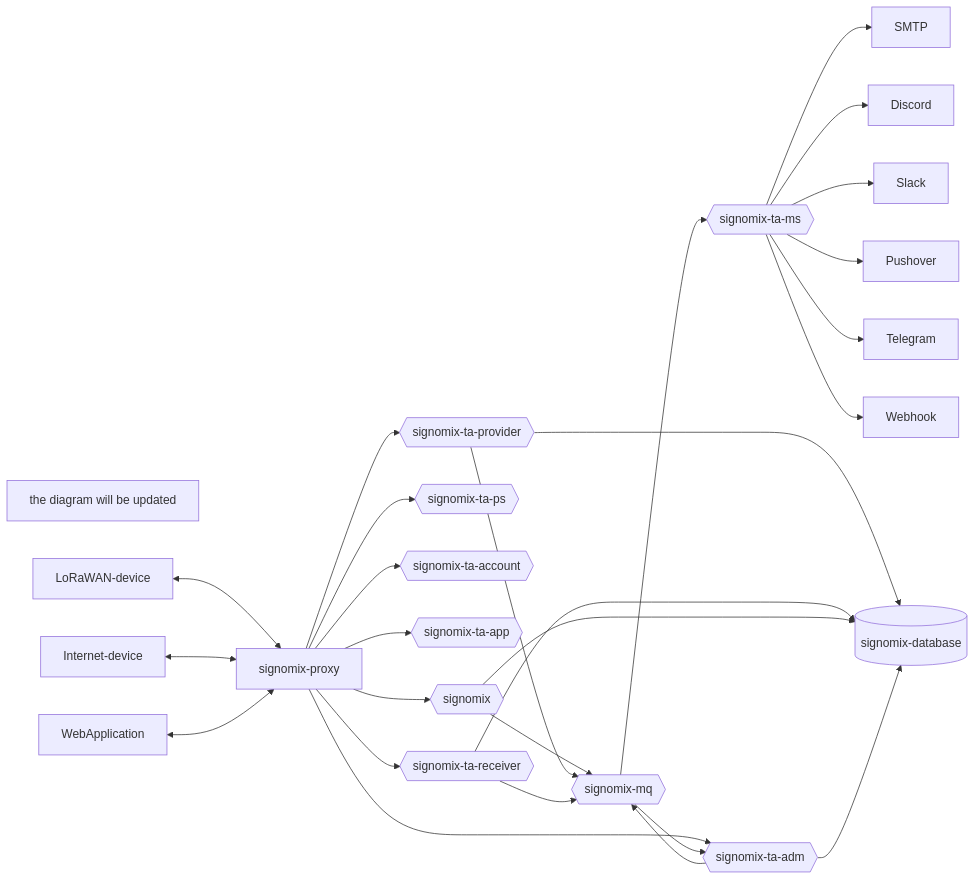
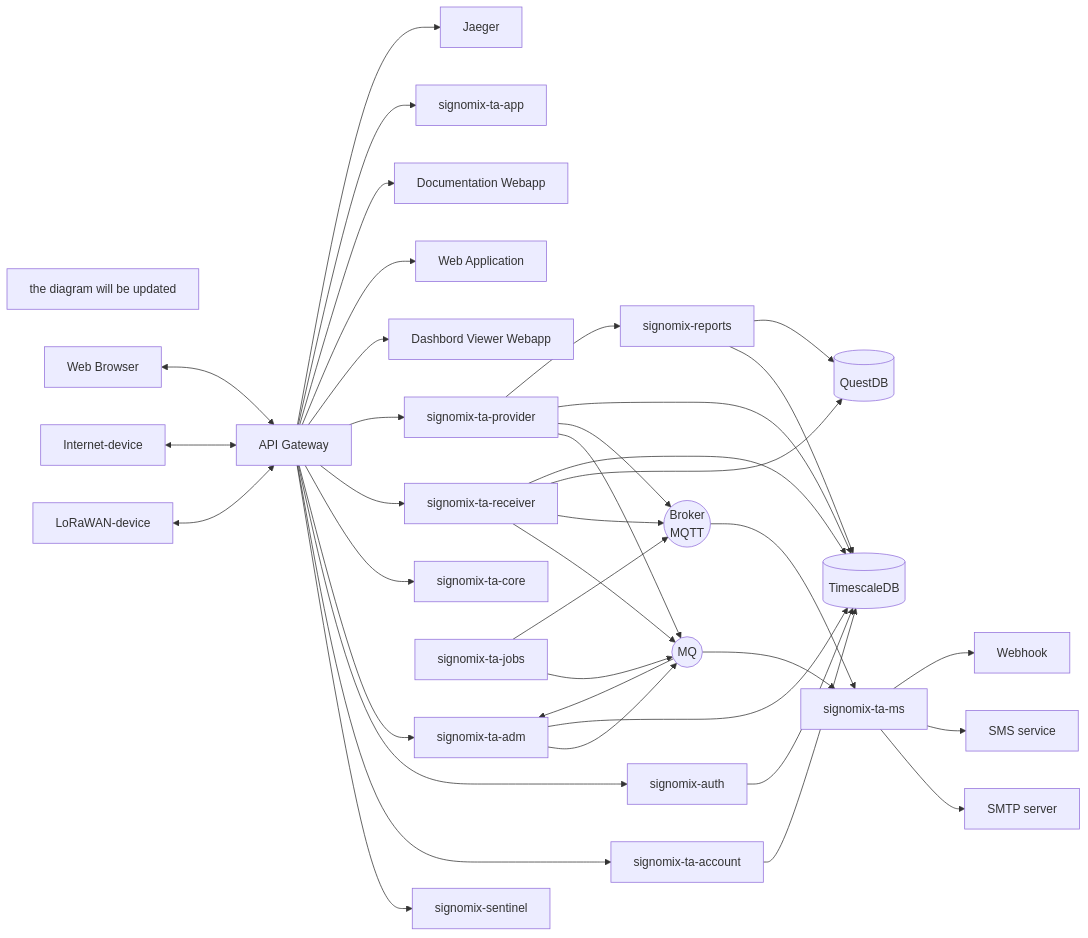
Before and after one commit to signomix/signomix: the diagram in README.md, drawn with Mermaid. The commit also changed other lines of this file, not shown here.

````diff
--- a/README.md
+++ b/README.md
@@ -72,42 +80,62 @@
 ```mermaid
 flowchart LR
   info1[the diagram will be updated]
-  signomix-proxy
-  signomix{{signomix}}
-  ta-ps{{signomix-ta-ps}}
-  ta-account{{signomix-ta-account}}
-  ta-app{{signomix-ta-app}}
-  ta-adm{{signomix-ta-adm}}
-  ta-receiver{{signomix-ta-receiver}}
-  ta-provider{{signomix-ta-provider}}
-  ta-mq{{signomix-mq}}
-  ta-ms{{signomix-ta-ms}}
-  ta-database[(signomix-database)]
-  LoRaWAN-device<-->signomix-proxy
-  Internet-device<-->signomix-proxy
-  WebApplication<-->signomix-proxy
-  signomix-proxy-->signomix
-  signomix-proxy-->ta-ps
-  signomix-proxy-->ta-account
-  signomix-proxy-->ta-app
-  signomix-proxy-->ta-adm
-  signomix-proxy-->ta-receiver
-  signomix-proxy-->ta-provider
-  signomix-->ta-mq
+  signomix-apigateway[API Gateway]
+  signomix-view[Dashbord Viewer Webapp]
+  signomix-webapp[Web Application]
+  signomix-docs-website[Documentation Webapp]
+  ta-account[signomix-ta-account]
+  ta-app[signomix-ta-app]
+  ta-adm[signomix-ta-adm]
+  ta-receiver[signomix-ta-receiver]
+  ta-provider[signomix-ta-provider]
+  ta-reports[signomix-reports]
+  ta-mq((MQ))
+  ta-broker((Broker\nMQTT))
+  ta-ms[signomix-ta-ms]
+  ta-auth[signomix-auth]
+  ta-core[signomix-ta-core]
+  ta-jobs[signomix-ta-jobs]
+  sentinel[signomix-sentinel]
+  tsserver[(TimescaleDB)]
+  questdb[(QuestDB)]
+  jaeger[Jaeger]
+  LoRaWAN-device<-->signomix-apigateway
+  Internet-device<-->signomix-apigateway
+  webbrowser[Web Browser]<-->signomix-apigateway
+  signomix-apigateway-->sentinel
+  signomix-apigateway-->ta-account
+  signomix-apigateway-->ta-auth
+  signomix-apigateway-->ta-adm
+  signomix-apigateway-->ta-core
+  signomix-apigateway-->ta-receiver
+  signomix-apigateway-->ta-provider
+  signomix-apigateway-->signomix-view
+  signomix-apigateway-->signomix-webapp
+  signomix-apigateway-->signomix-docs-website
+  signomix-apigateway-->ta-app
+  signomix-apigateway-->jaeger
   ta-adm-->ta-mq
   ta-provider-->ta-mq
   ta-receiver-->ta-mq
+  ta-jobs-->ta-mq
+  ta-provider-->ta-broker
+  ta-receiver-->ta-broker
+  ta-jobs-->ta-broker
   ta-mq-->ta-ms
   ta-mq-->ta-adm
-  ta-provider-->ta-database
-  ta-receiver-->ta-database
-  signomix-->ta-database
-  ta-adm-->ta-database
-  ta-ms-->SMTP
-  ta-ms-->Discord
-  ta-ms-->Slack
-  ta-ms-->Pushover
-  ta-ms-->Telegram
+  ta-broker-->ta-ms
+  ta-provider-->tsserver
+  ta-provider-->ta-reports
+  ta-receiver-->questdb
+  ta-receiver-->tsserver
+  ta-reports-->tsserver
+  ta-reports-->questdb
+  ta-adm-->tsserver
+  ta-auth-->tsserver
+  ta-account-->tsserver
+  ta-ms-->SMTP[SMTP server]
+  ta-ms-->sms[SMS service]
   ta-ms-->Webhook
 
 ```
````
